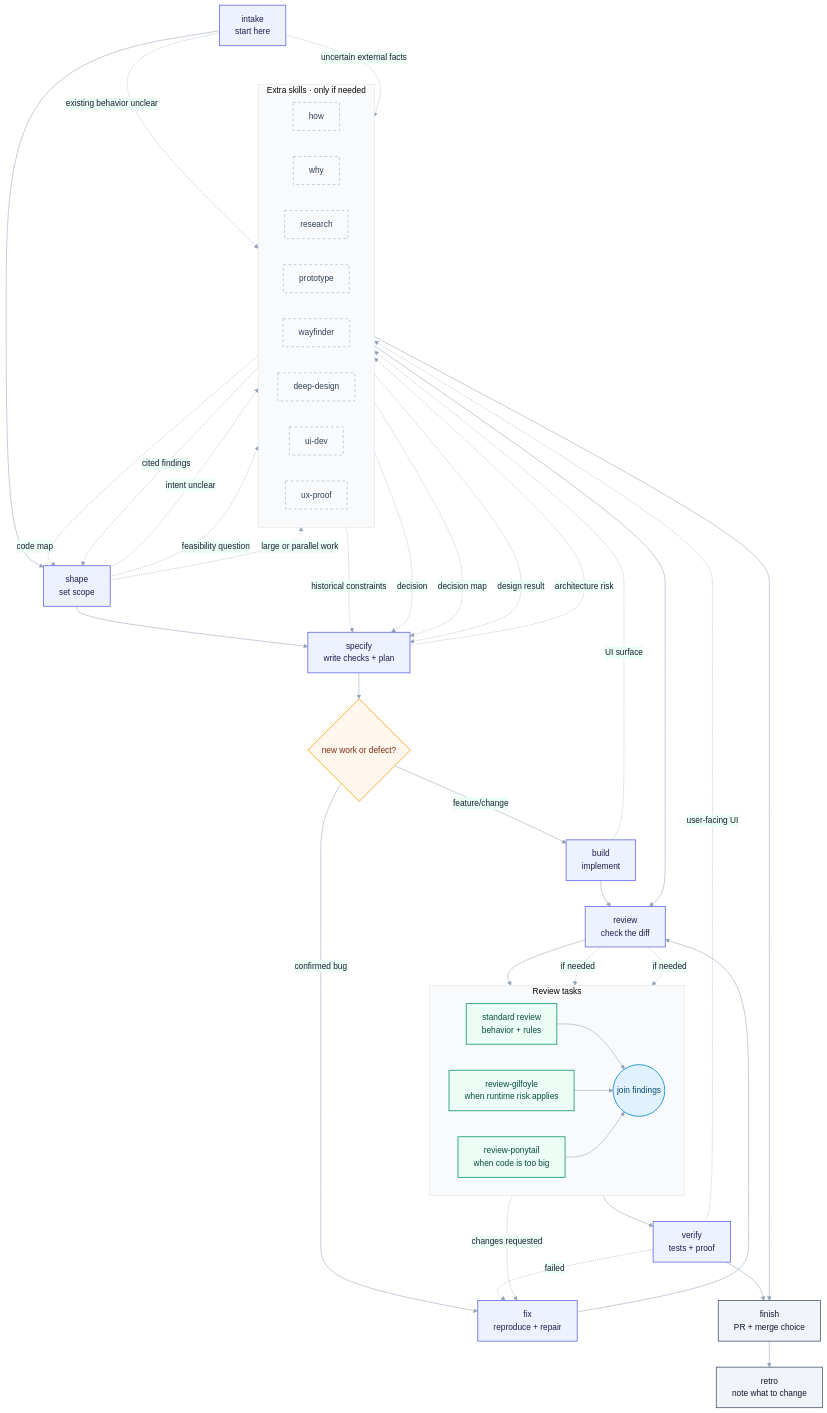
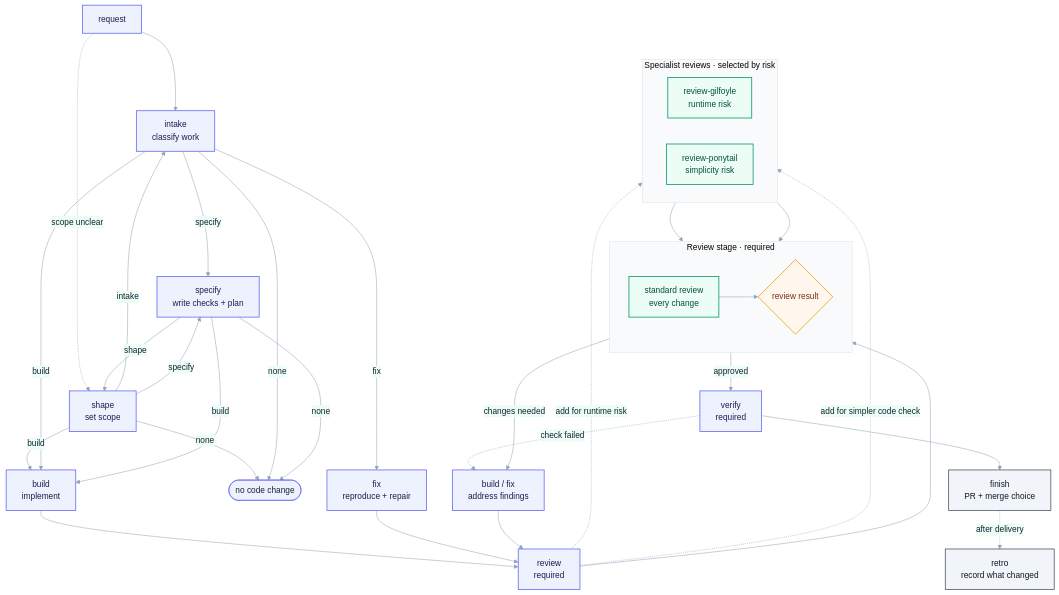
Before and after one commit to Igloczek/skills: the second of 2 diagrams in README.md, drawn with Mermaid. The commit also changed other lines of this file, not shown here.

Commit message:
docs: correct workflow diagrams

````diff
--- a/README.md
+++ b/README.md
@@ -96,71 +96,59 @@
 ```mermaid
 %%{init: {"theme":"base","themeVariables":{"fontFamily":"ui-sans-serif,system-ui,sans-serif","lineColor":"#94a3b8","primaryColor":"#eef2ff","primaryTextColor":"#172033","primaryBorderColor":"#6366f1","secondaryColor":"#ecfdf5","tertiaryColor":"#f8fafc"}}}%%
 flowchart TD
-    intake["intake<br/>start here"] --> shape["shape<br/>set scope"]
-    shape --> specify["specify<br/>write checks + plan"]
-    specify --> kind{"new work or defect?"}
-    kind -->|feature/change| build["build<br/>implement"]
-    kind -->|confirmed bug| fix["fix<br/>reproduce + repair"]
-    build --> review["review<br/>check the diff"]
+    request["request"] --> intake["intake<br/>classify work"]
+    request -. scope unclear .-> shape["shape<br/>set scope"]
+
+    shape -->|intake| intake
+    shape -->|specify| specify["specify<br/>write checks + plan"]
+    shape -->|build| build["build<br/>implement"]
+    shape -->|none| done(["no code change"])
+
+    intake -->|specify| specify
+    intake -->|build| build
+    intake -->|fix| fix["fix<br/>reproduce + repair"]
+    intake -->|none| done
+
+    specify -->|shape| shape
+    specify -->|build| build
+    specify -->|none| done
+
+    build --> review["review<br/>required"]
     fix --> review
 
-    subgraph review_threads["Review tasks"]
+    subgraph review_stage["Review stage · required"]
         direction LR
-        standard_review["standard review<br/>behavior + rules"]
-        review_gilfoyle["review-gilfoyle<br/>when runtime risk applies"]
-        review_ponytail["review-ponytail<br/>when code is too big"]
-        review_join(("join findings"))
+        standard_review["standard review<br/>every change"]
+        review_result{"review result"}
     end
+
+    subgraph specialist_stage["Specialist reviews · selected by risk"]
+        direction LR
+        review_gilfoyle["review-gilfoyle<br/>runtime risk"]
+        review_ponytail["review-ponytail<br/>simplicity risk"]
+    end
+
     review --> standard_review
-    review -. if needed .-> review_gilfoyle
-    review -. if needed .-> review_ponytail
-    standard_review --> review_join
-    review_gilfoyle --> review_join
-    review_ponytail --> review_join
-    review_join --> verify["verify<br/>tests + proof"]
-    review_join -. changes requested .-> fix
-    verify -. failed .-> fix
+    review -. add for runtime risk .-> review_gilfoyle
+    review -. add for simpler code check .-> review_ponytail
+    standard_review --> review_result
+    review_gilfoyle --> review_result
+    review_ponytail --> review_result
+
+    review_result -->|approved| verify["verify<br/>required"]
+    review_result -->|changes needed| rework["build / fix<br/>address findings"]
+    rework --> review
+
+    verify -. check failed .-> rework
     verify --> finish["finish<br/>PR + merge choice"]
-    finish --> retro["retro<br/>note what to change"]
-
-    subgraph optional["Extra skills · only if needed"]
-        direction LR
-        how["how"]
-        why["why"]
-        research["research"]
-        prototype["prototype"]
-        wayfinder["wayfinder"]
-        deep_design["deep-design"]
-        ui_dev["ui-dev"]
-        ux_proof["ux-proof"]
-    end
-    intake -. existing behavior unclear .-> how
-    how -. code map .-> shape
-    shape -. intent unclear .-> why
-    why -. historical constraints .-> specify
-    intake -. uncertain external facts .-> research
-    research -. cited findings .-> shape
-    shape -. feasibility question .-> prototype
-    prototype -. decision .-> specify
-    shape -. large or parallel work .-> wayfinder
-    wayfinder -. decision map .-> specify
-    specify -. architecture risk .-> deep_design
-    deep_design -. design result .-> specify
-    build -. UI surface .-> ui_dev
-    ui_dev --> review
-    verify -. user-facing UI .-> ux_proof
-    ux_proof --> finish
+    finish -. after delivery .-> retro["retro<br/>record what changed"]
 
     classDef core fill:#eef2ff,stroke:#6366f1,color:#1e1b4b,stroke-width:1.5px;
     classDef review fill:#ecfdf5,stroke:#059669,color:#064e3b,stroke-width:1.5px;
-    classDef optional fill:#f8fafc,stroke:#94a3b8,color:#334155,stroke-width:1px,stroke-dasharray:5 5;
     classDef decision fill:#fff7ed,stroke:#f59e0b,color:#7c2d12,stroke-width:1.5px;
-    classDef join fill:#e0f2fe,stroke:#0284c7,color:#0c4a6e,stroke-width:1.5px;
     classDef terminal fill:#f1f5f9,stroke:#475569,color:#0f172a,stroke-width:1.5px;
-    class intake,shape,specify,build,fix,review,verify core;
+    class request,intake,shape,specify,build,fix,review,rework,verify core;
     class standard_review,review_gilfoyle,review_ponytail review;
-    class review_join join;
-    class kind decision;
+    class review_result decision;
     class finish,retro terminal;
-    class how,why,research,prototype,wayfinder,deep_design,ui_dev,ux_proof optional;
 ```
````
